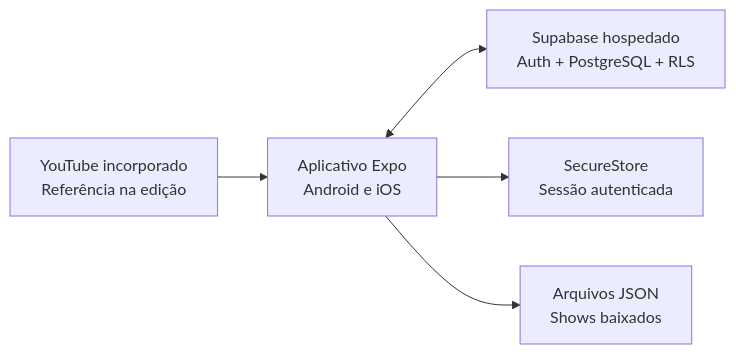
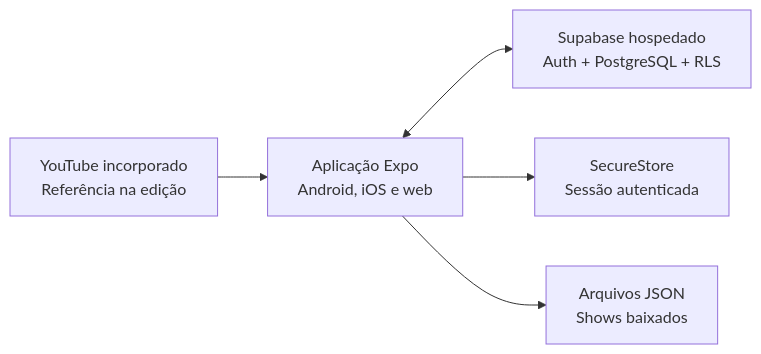
The diagram in README.md (anderson-sillos/setlist), drawn with Mermaid before and after one commit. The commit also changed other lines of this file and 1 other file, not shown here.

````diff
--- a/README.md
+++ b/README.md
@@ -58,13 +58,13 @@
 ```mermaid
 flowchart LR
-    APP[Aplicativo Expo\nAndroid e iOS]
+    APP[Aplicação Expo\nAndroid, iOS e web]
     API[Supabase hospedado\nAuth + PostgreSQL + RLS]
     AUTH[SecureStore\nSessão autenticada]
     CACHE[Arquivos JSON\nShows baixados]
     YT[YouTube incorporado\nReferência na edição]
 
     APP <--> API
     APP --> AUTH
     APP --> CACHE
     YT --> APP
 ```
````
